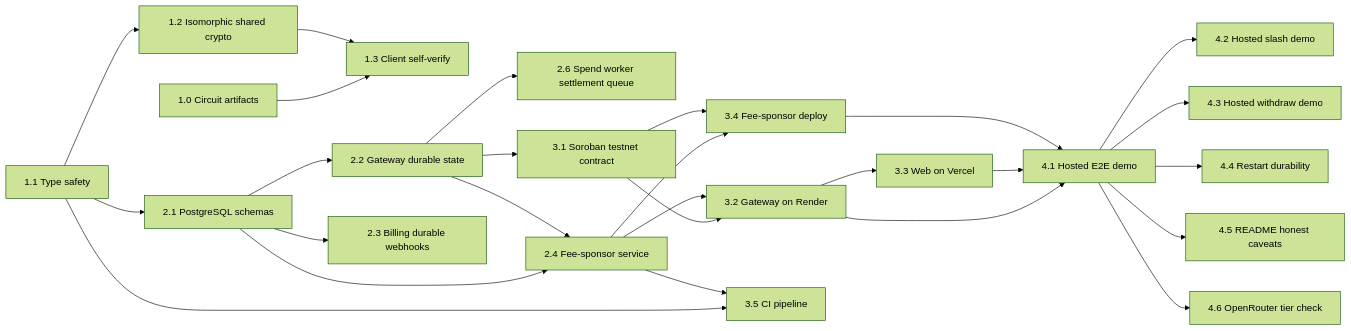
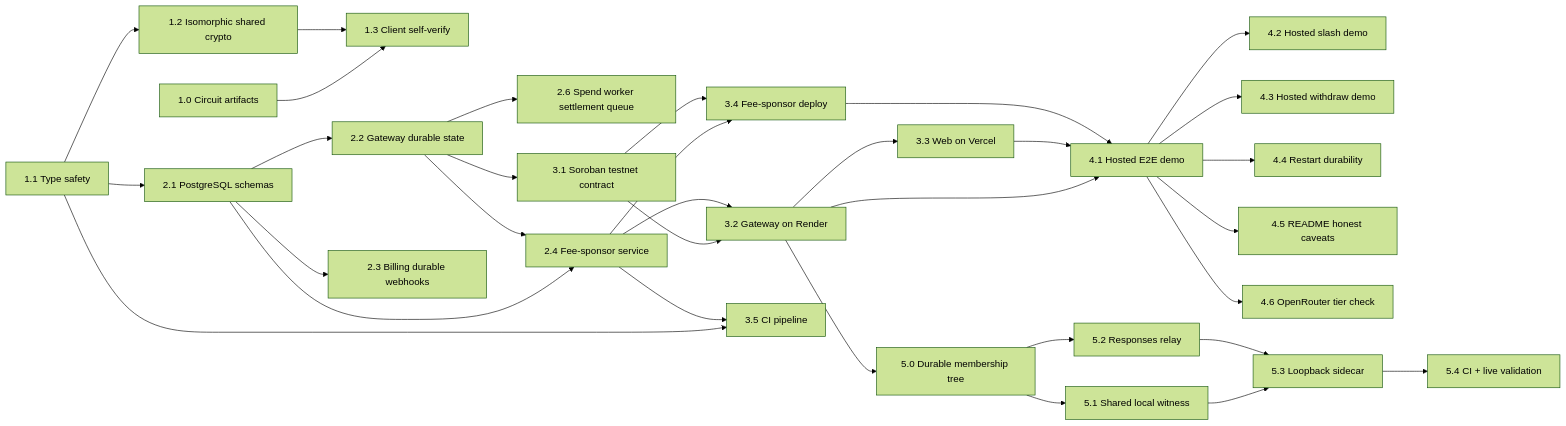
The diagram in docs/ai/planning/2026-08-04-feature-stellar-launch.md (mangekyou-labs/haze-api), drawn with Mermaid (forest theme) before and after one commit. The commit also changed other lines of this file and 63 other files, not shown here.

````diff
--- a/docs/ai/planning/2026-08-04-feature-stellar-launch.md
+++ b/docs/ai/planning/2026-08-04-feature-stellar-launch.md
@@ -306,28 +358,34 @@
 ```mermaid
 flowchart LR
   A[1.1 Type safety] --> B[1.2 Isomorphic shared crypto]
   Z[1.0 Circuit artifacts] --> C
   B --> C[1.3 Client self-verify]
   A --> D[2.1 PostgreSQL schemas]
   D --> E[2.2 Gateway durable state]
   E --> E2[2.6 Spend worker settlement queue]
   D --> F[2.3 Billing durable webhooks]
   D --> G[2.4 Fee-sponsor service]
   E --> G
   E --> H[3.1 Soroban testnet contract]
   H --> I[3.2 Gateway on Render]
   G --> I
   G --> J[3.4 Fee-sponsor deploy]
   H --> J
   I --> K[3.3 Web on Vercel]
   A --> L[3.5 CI pipeline]
   G --> L
   I --> M[4.1 Hosted E2E demo]
   K --> M
   J --> M
   M --> N[4.2 Hosted slash demo]
   M --> O[4.3 Hosted withdraw demo]
   M --> P[4.4 Restart durability]
   M --> Q[4.5 README honest caveats]
   M --> R[4.6 OpenRouter tier check]
+  I --> S0[5.0 Durable membership tree]
+  S0 --> S1[5.1 Shared local witness]
+  S0 --> S2[5.2 Responses relay]
+  S1 --> S3[5.3 Loopback sidecar]
+  S2 --> S3
+  S3 --> S4[5.4 CI + live validation]
 ```
````
